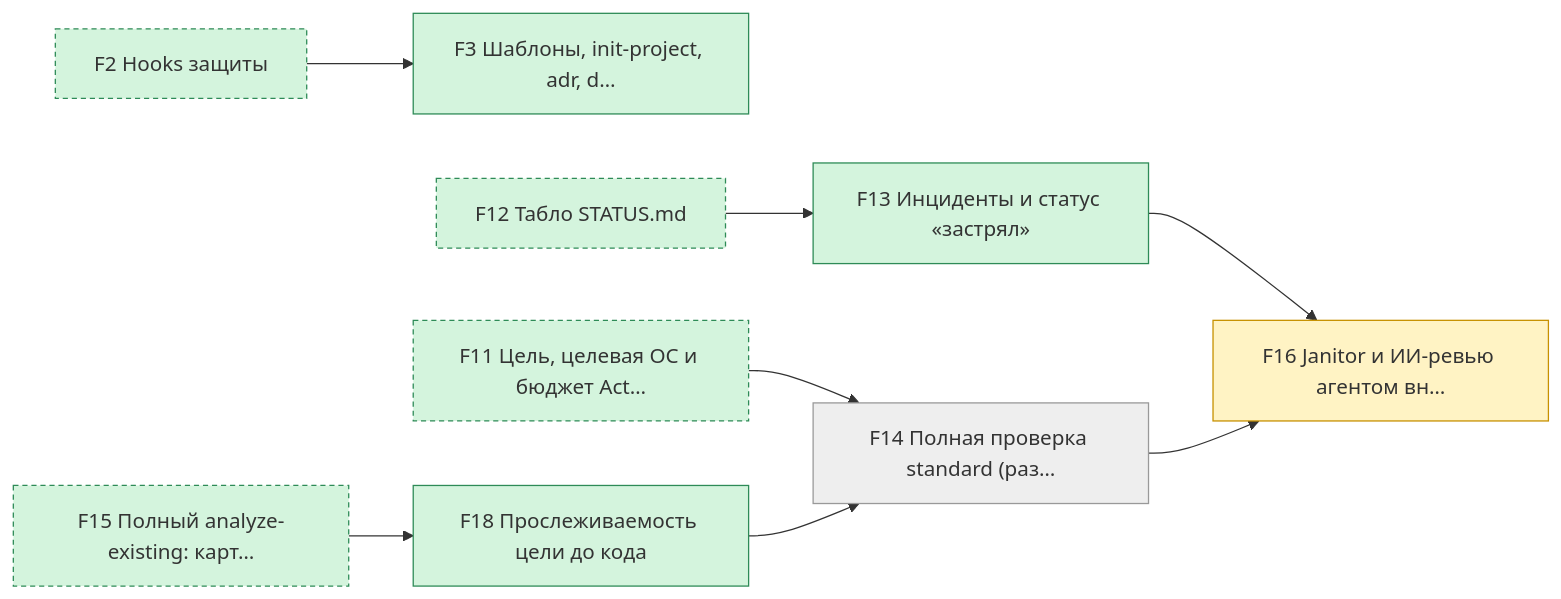
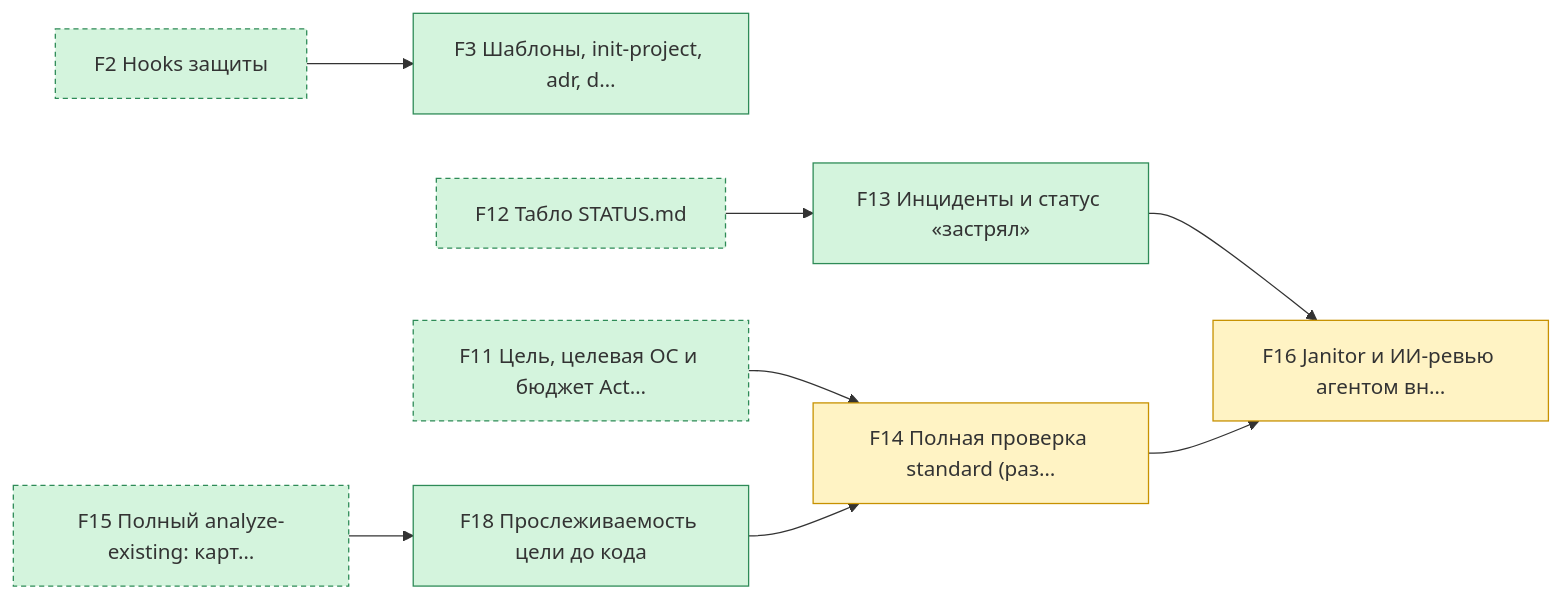
The sixth of 6 diagrams in state/STATUS.md (pete-doc/project-architect), drawn with Mermaid before and after one commit. The commit also changed other lines of this file and 2 other files, not shown here.

````diff
--- a/state/STATUS.md
+++ b/state/STATUS.md
@@ -154,28 +154,27 @@
 ```mermaid
 graph LR
   F3["F3 Шаблоны, init-project, adr, d…"]
   F13["F13 Инциденты и статус «застрял»"]
   F14["F14 Полная проверка standard (раз…"]
   F16["F16 Janitor и ИИ-ревью агентом вн…"]
   F18["F18 Прослеживаемость цели до кода"]
   F2["F2 Hooks защиты"]
   F12["F12 Табло STATUS.md"]
   F11["F11 Цель, целевая ОС и бюджет Act…"]
   F15["F15 Полный analyze-existing: карт…"]
   F2 --> F3
   F12 --> F13
   F11 --> F14
   F18 --> F14
   F13 --> F16
   F14 --> F16
   F15 --> F18
   classDef done fill:#d4f4dd,stroke:#2e8b57
   classDef work fill:#fff3c4,stroke:#c79100
   classDef blocked fill:#ffd6d6,stroke:#c0392b
   classDef later fill:#eeeeee,stroke:#999999
   classDef outside stroke-dasharray: 4 3
   class F3,F13,F18,F2,F12,F11,F15 done
-  class F16 work
-  class F14 later
+  class F14,F16 work
   class F2,F12,F11,F15 outside
 ```
````
